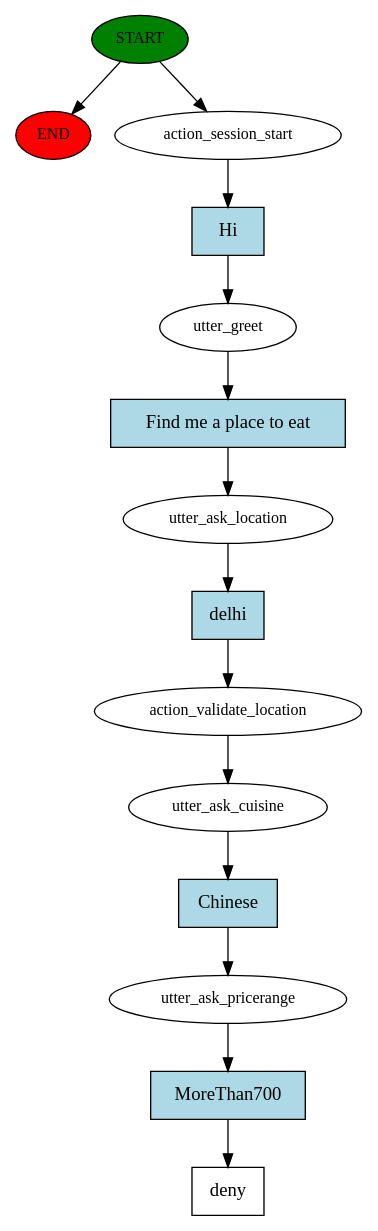
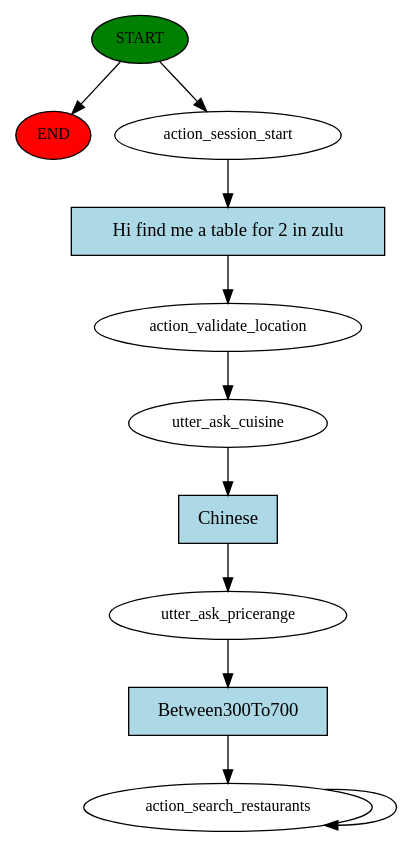
One commit to HemantTiwariGitHub/ChatbotV2 changed the diagram in story_graph.dot. Above: the diagram before and after it, drawn with Graphviz. The commit also changed 5 other files, not shown here.

```diff
--- a/story_graph.dot
+++ b/story_graph.dot
@@ -1,29 +1,22 @@
 digraph  {
 0 [class="start active", fillcolor=green, fontsize=12, label=START, style=filled];
 "-1" [class=end, fillcolor=red, fontsize=12, label=END, style=filled];
 1 [class=active, fontsize=12, label=action_session_start];
-2 [class=active, fontsize=12, label=utter_greet];
-3 [class=active, fontsize=12, label=utter_ask_location];
-4 [class=active, fontsize=12, label=action_validate_location];
-5 [class=active, fontsize=12, label=utter_ask_cuisine];
-6 [class=active, fontsize=12, label=utter_ask_pricerange];
-7 [class="intent dashed active", label=deny, shape=rect];
-8 [class="intent active", fillcolor=lightblue, label=Hi, shape=rect, style=filled];
-9 [class="intent active", fillcolor=lightblue, label="Find me a place to eat", shape=rect, style=filled];
-10 [class="intent active", fillcolor=lightblue, label=delhi, shape=rect, style=filled];
-11 [class="intent active", fillcolor=lightblue, label=Chinese, shape=rect, style=filled];
-12 [class="intent active", fillcolor=lightblue, label=MoreThan700, shape=rect, style=filled];
+2 [class=active, fontsize=12, label=action_validate_location];
+3 [class=active, fontsize=12, label=utter_ask_cuisine];
+4 [class=active, fontsize=12, label=utter_ask_pricerange];
+5 [class="active dashed", fontsize=12, label=action_search_restaurants];
+7 [class="intent active", fillcolor=lightblue, label="Hi find me a table for 2 in zulu", shape=rect, style=filled];
+8 [class="intent active", fillcolor=lightblue, label=Chinese, shape=rect, style=filled];
+9 [class="intent active", fillcolor=lightblue, label=Between300To700, shape=rect, style=filled];
 0 -> "-1"  [class="", key=NONE, label=""];
 0 -> 1  [class=active, key=NONE, label=""];
-1 -> 8  [class=active, key=0];
-2 -> 9  [class=active, key=0];
-3 -> 10  [class=active, key=0];
-4 -> 5  [class=active, key=NONE, label=""];
-5 -> 11  [class=active, key=0];
-6 -> 12  [class=active, key=0];
-8 -> 2  [class=active, key=0];
-9 -> 3  [class=active, key=0];
-10 -> 4  [class=active, key=0];
-11 -> 6  [class=active, key=0];
-12 -> 7  [class=active, key=0];
+1 -> 7  [class=active, key=0];
+2 -> 3  [class=active, key=NONE, label=""];
+3 -> 8  [class=active, key=0];
+4 -> 9  [class=active, key=0];
+5 -> 5  [class=active, key=NONE, label=""];
+7 -> 2  [class=active, key=0];
+8 -> 4  [class=active, key=0];
+9 -> 5  [class=active, key=0];
 }
```
